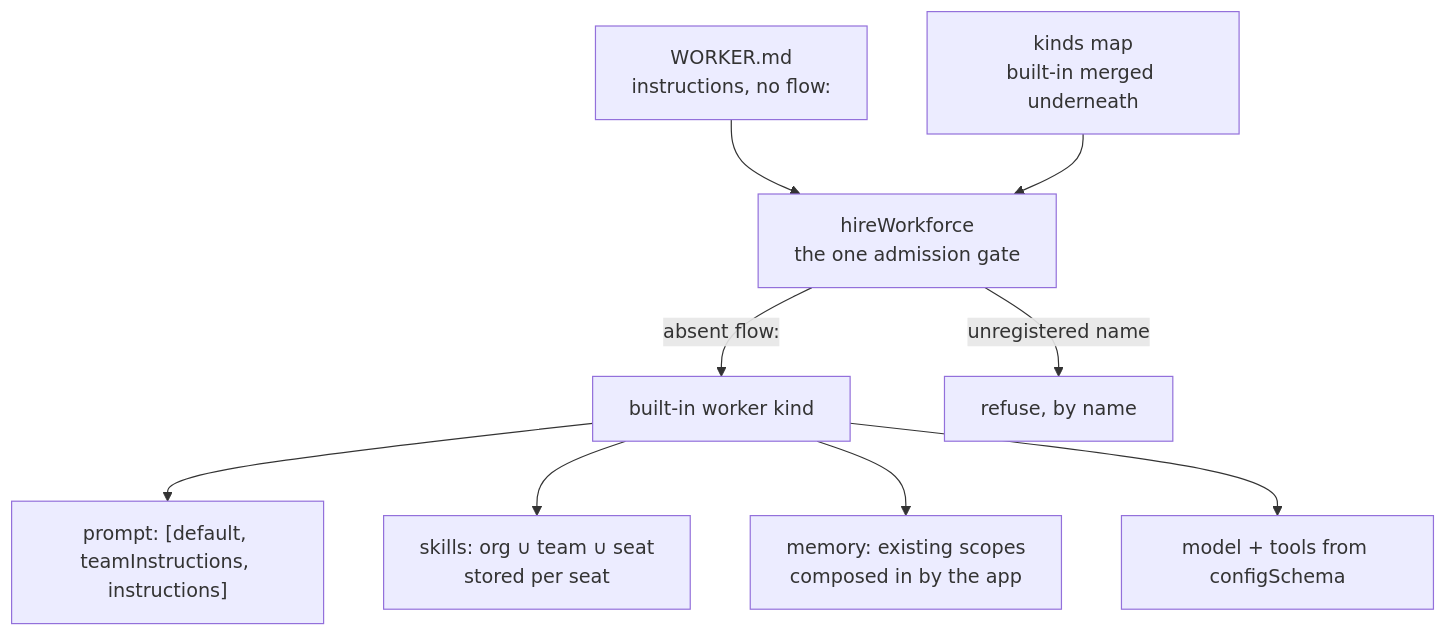
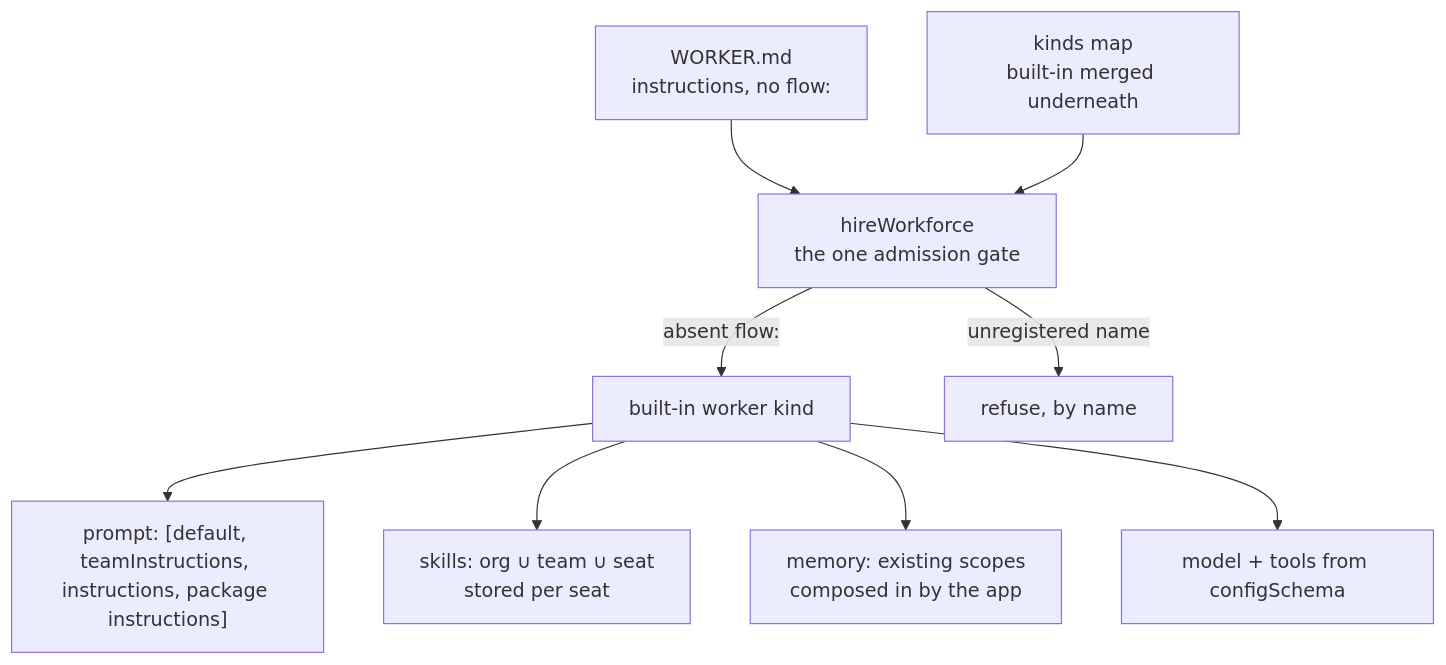
Before and after one commit to fixpoint-labs/flow-state-dev: the diagram in docs/architecture/workforce-default-worker-kind.md, drawn with Mermaid. The commit also changed other lines of this file and 4 other files, not shown here.

First line of the commit message:
docs(workforce): the package grant, seatPackages and prompt order in the architecture docs; changesets (FIX-1459 PR-B)

````diff
--- a/docs/architecture/workforce-default-worker-kind.md
+++ b/docs/architecture/workforce-default-worker-kind.md
@@ -45,11 +45,11 @@
 ```mermaid
 flowchart TD
   W["WORKER.md<br/>instructions, no flow:"] --> H[hireWorkforce<br/>the one admission gate]
   K["kinds map<br/>built-in merged underneath"] --> H
   H -->|absent flow:| A[built-in worker kind]
   H -->|unregistered name| X[refuse, by name]
-  A --> P["prompt: [default, teamInstructions, instructions]"]
+  A --> P["prompt: [default, teamInstructions, instructions, package instructions]"]
   A --> S["skills: org ∪ team ∪ seat<br/>stored per seat"]
   A --> M["memory: existing scopes<br/>composed in by the app"]
   A --> T[model + tools from configSchema]
 ```
````
